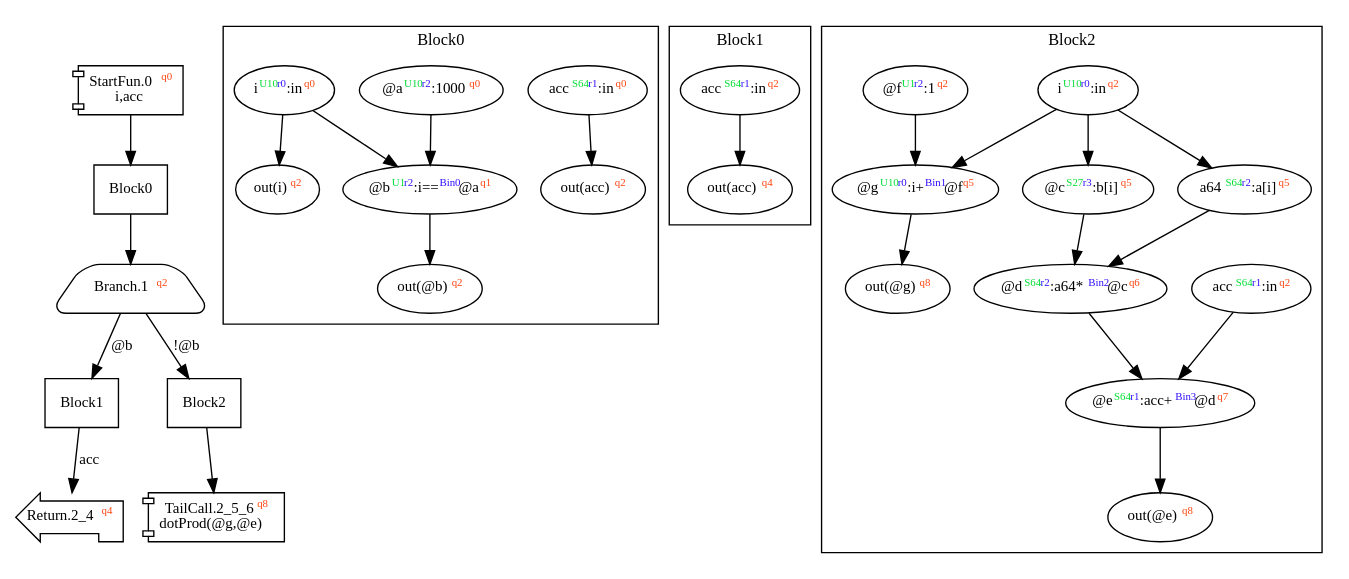
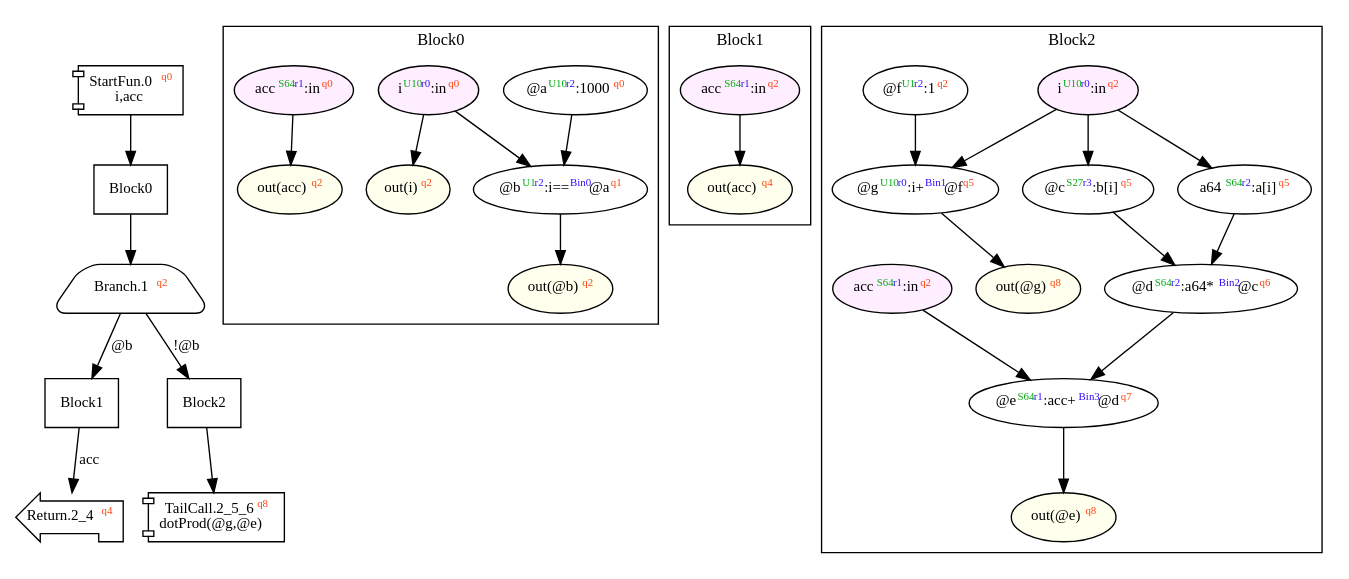
One commit to akouryy/SyntheScala changed the diagram in dist/dotProd.dot. Above: the diagram before and after it, drawn with Graphviz. The commit also changed 37 other files, not shown here.

```diff
--- a/dist/dotProd.dot
+++ b/dist/dotProd.dot
@@ -1,68 +1,68 @@
 digraph Program_ {
   graph [fontname = "Monaco", fontsize = 12, ranksep = 0.5];
   node [shape = box, fontname = "Monaco", fontsize = 11; colorscheme = pastel19];
   edge [fontname = "Monaco", fontsize = 11; colorscheme = pastel19];
   Jump0[label = <StartFun.0<font color="#ff4411" point-size="8"><sup>q0</sup></font><br/>i,acc>; shape = component];
   Jump0 -> Block0;
   Jump1[
     label = <Branch.1<font color="#ff4411" point-size="8"><sup>q2</sup></font>>;
     shape = trapezium; style = rounded;
   ];
   Block0 -> Jump1;
   Jump1 -> Block1 [label="@b"];
   Jump1 -> Block2 [label="!@b"];
   Jump2_4[label = <Return.2_4<font color="#ff4411" point-size="8"><sup>q4</sup></font>>; shape = lpromoter];
   Block1 -> Jump2_4 [label="acc"];
   Jump2_5_6[label = <TailCall.2_5_6<font color="#ff4411" point-size="8"><sup>q8</sup></font><br/>dotProd(@g,@e)>; shape = component];
   Block2 -> Jump2_5_6;
   Block0 [label = "Block0"];
   Block1 [label = "Block1"];
   Block2 [label = "Block2"];
   subgraph cluster_dfg_Block0 {
     node [shape = oval];
     label = "Block0";
-    ndBlock0_0 [label=<out(acc)<font color="#ff4411" point-size="8"><sup>q2</sup></font>>];
-    ndBlock0_1 [label=<acc<font color="#00dd33" point-size="8"><sup>S64</sup></font><font color="#3311ff" point-size="8"><sup>r1</sup></font>:in<font color="#ff4411" point-size="8"><sup>q0</sup></font>>];
-    ndBlock0_2 [label=<i<font color="#00dd33" point-size="8"><sup>U10</sup></font><font color="#3311ff" point-size="8"><sup>r0</sup></font>:in<font color="#ff4411" point-size="8"><sup>q0</sup></font>>];
-    ndBlock0_3 [label=<@a<font color="#00dd33" point-size="8"><sup>U10</sup></font><font color="#3311ff" point-size="8"><sup>r2</sup></font>:1000<font color="#ff4411" point-size="8"><sup>q0</sup></font>>];
-    ndBlock0_4 [label=<out(i)<font color="#ff4411" point-size="8"><sup>q2</sup></font>>];
-    ndBlock0_5 [label=<out(@b)<font color="#ff4411" point-size="8"><sup>q2</sup></font>>];
-    ndBlock0_6 [label=<@b<font color="#00dd33" point-size="8"><sup>U1</sup></font><font color="#3311ff" point-size="8"><sup>r2</sup></font>:i==<font color="#3311ff" point-size="8"><sup>Bin0</sup></font>@a<font color="#ff4411" point-size="8"><sup>q1</sup></font>>];
-    ndBlock0_1 -> ndBlock0_0;
-    ndBlock0_2 -> ndBlock0_4;
-    ndBlock0_2 -> ndBlock0_6;
-    ndBlock0_3 -> ndBlock0_6;
-    ndBlock0_6 -> ndBlock0_5;
+    0 [label=<@a<font color="#00aa11" point-size="8"><sup>U10</sup></font><font color="#3311ff" point-size="8"><sup>r2</sup></font>:1000<font color="#ff4411" point-size="8"><sup>q0</sup></font>>; ];
+    20 [label=<out(@b)<font color="#ff4411" point-size="8"><sup>q2</sup></font>>; style="filled"; fillcolor="#ffffee";];
+    1 [label=<@b<font color="#00aa11" point-size="8"><sup>U1</sup></font><font color="#3311ff" point-size="8"><sup>r2</sup></font>:i==<font color="#3311ff" point-size="8"><sup>Bin0</sup></font>@a<font color="#ff4411" point-size="8"><sup>q1</sup></font>>; ];
+    17 [label=<i<font color="#00aa11" point-size="8"><sup>U10</sup></font><font color="#3311ff" point-size="8"><sup>r0</sup></font>:in<font color="#ff4411" point-size="8"><sup>q0</sup></font>>; style="filled"; fillcolor="#ffeeff";];
+    18 [label=<out(acc)<font color="#ff4411" point-size="8"><sup>q2</sup></font>>; style="filled"; fillcolor="#ffffee";];
+    16 [label=<acc<font color="#00aa11" point-size="8"><sup>S64</sup></font><font color="#3311ff" point-size="8"><sup>r1</sup></font>:in<font color="#ff4411" point-size="8"><sup>q0</sup></font>>; style="filled"; fillcolor="#ffeeff";];
+    19 [label=<out(i)<font color="#ff4411" point-size="8"><sup>q2</sup></font>>; style="filled"; fillcolor="#ffffee";];
+    0 -> 1;
+    1 -> 20;
+    16 -> 18;
+    17 -> 1;
+    17 -> 19;
   }
   subgraph cluster_dfg_Block1 {
     node [shape = oval];
     label = "Block1";
-    ndBlock1_0 [label=<acc<font color="#00dd33" point-size="8"><sup>S64</sup></font><font color="#3311ff" point-size="8"><sup>r1</sup></font>:in<font color="#ff4411" point-size="8"><sup>q2</sup></font>>];
-    ndBlock1_1 [label=<out(acc)<font color="#ff4411" point-size="8"><sup>q4</sup></font>>];
-    ndBlock1_0 -> ndBlock1_1;
+    11 [label=<acc<font color="#00aa11" point-size="8"><sup>S64</sup></font><font color="#3311ff" point-size="8"><sup>r1</sup></font>:in<font color="#ff4411" point-size="8"><sup>q2</sup></font>>; style="filled"; fillcolor="#ffeeff";];
+    12 [label=<out(acc)<font color="#ff4411" point-size="8"><sup>q4</sup></font>>; style="filled"; fillcolor="#ffffee";];
+    11 -> 12;
   }
   subgraph cluster_dfg_Block2 {
     node [shape = oval];
     label = "Block2";
-    ndBlock2_0 [label=<a64<font color="#00dd33" point-size="8"><sup>S64</sup></font><font color="#3311ff" point-size="8"><sup>r2</sup></font>:a[i]<font color="#ff4411" point-size="8"><sup>q5</sup></font>>];
-    ndBlock2_1 [label=<out(@e)<font color="#ff4411" point-size="8"><sup>q8</sup></font>>];
-    ndBlock2_2 [label=<acc<font color="#00dd33" point-size="8"><sup>S64</sup></font><font color="#3311ff" point-size="8"><sup>r1</sup></font>:in<font color="#ff4411" point-size="8"><sup>q2</sup></font>>];
-    ndBlock2_3 [label=<out(@g)<font color="#ff4411" point-size="8"><sup>q8</sup></font>>];
-    ndBlock2_4 [label=<@d<font color="#00dd33" point-size="8"><sup>S64</sup></font><font color="#3311ff" point-size="8"><sup>r2</sup></font>:a64*<font color="#3311ff" point-size="8"><sup>Bin2</sup></font>@c<font color="#ff4411" point-size="8"><sup>q6</sup></font>>];
-    ndBlock2_5 [label=<@e<font color="#00dd33" point-size="8"><sup>S64</sup></font><font color="#3311ff" point-size="8"><sup>r1</sup></font>:acc+<font color="#3311ff" point-size="8"><sup>Bin3</sup></font>@d<font color="#ff4411" point-size="8"><sup>q7</sup></font>>];
-    ndBlock2_6 [label=<i<font color="#00dd33" point-size="8"><sup>U10</sup></font><font color="#3311ff" point-size="8"><sup>r0</sup></font>:in<font color="#ff4411" point-size="8"><sup>q2</sup></font>>];
-    ndBlock2_7 [label=<@c<font color="#00dd33" point-size="8"><sup>S27</sup></font><font color="#3311ff" point-size="8"><sup>r3</sup></font>:b[i]<font color="#ff4411" point-size="8"><sup>q5</sup></font>>];
-    ndBlock2_8 [label=<@f<font color="#00dd33" point-size="8"><sup>U1</sup></font><font color="#3311ff" point-size="8"><sup>r2</sup></font>:1<font color="#ff4411" point-size="8"><sup>q2</sup></font>>];
-    ndBlock2_9 [label=<@g<font color="#00dd33" point-size="8"><sup>U10</sup></font><font color="#3311ff" point-size="8"><sup>r0</sup></font>:i+<font color="#3311ff" point-size="8"><sup>Bin1</sup></font>@f<font color="#ff4411" point-size="8"><sup>q5</sup></font>>];
-    ndBlock2_0 -> ndBlock2_4;
-    ndBlock2_2 -> ndBlock2_5;
-    ndBlock2_4 -> ndBlock2_5;
-    ndBlock2_5 -> ndBlock2_1;
-    ndBlock2_6 -> ndBlock2_0;
-    ndBlock2_6 -> ndBlock2_7;
-    ndBlock2_6 -> ndBlock2_9;
-    ndBlock2_7 -> ndBlock2_4;
-    ndBlock2_8 -> ndBlock2_9;
-    ndBlock2_9 -> ndBlock2_3;
+    5 [label=<@e<font color="#00aa11" point-size="8"><sup>S64</sup></font><font color="#3311ff" point-size="8"><sup>r1</sup></font>:acc+<font color="#3311ff" point-size="8"><sup>Bin3</sup></font>@d<font color="#ff4411" point-size="8"><sup>q7</sup></font>>; ];
+    14 [label=<i<font color="#00aa11" point-size="8"><sup>U10</sup></font><font color="#3311ff" point-size="8"><sup>r0</sup></font>:in<font color="#ff4411" point-size="8"><sup>q2</sup></font>>; style="filled"; fillcolor="#ffeeff";];
+    6 [label=<@f<font color="#00aa11" point-size="8"><sup>U1</sup></font><font color="#3311ff" point-size="8"><sup>r2</sup></font>:1<font color="#ff4411" point-size="8"><sup>q2</sup></font>>; ];
+    21 [label=<out(@g)<font color="#ff4411" point-size="8"><sup>q8</sup></font>>; style="filled"; fillcolor="#ffffee";];
+    13 [label=<acc<font color="#00aa11" point-size="8"><sup>S64</sup></font><font color="#3311ff" point-size="8"><sup>r1</sup></font>:in<font color="#ff4411" point-size="8"><sup>q2</sup></font>>; style="filled"; fillcolor="#ffeeff";];
+    2 [label=<a64<font color="#00aa11" point-size="8"><sup>S64</sup></font><font color="#3311ff" point-size="8"><sup>r2</sup></font>:a[i]<font color="#ff4411" point-size="8"><sup>q5</sup></font>>; ];
+    22 [label=<out(@e)<font color="#ff4411" point-size="8"><sup>q8</sup></font>>; style="filled"; fillcolor="#ffffee";];
+    7 [label=<@g<font color="#00aa11" point-size="8"><sup>U10</sup></font><font color="#3311ff" point-size="8"><sup>r0</sup></font>:i+<font color="#3311ff" point-size="8"><sup>Bin1</sup></font>@f<font color="#ff4411" point-size="8"><sup>q5</sup></font>>; ];
+    3 [label=<@c<font color="#00aa11" point-size="8"><sup>S27</sup></font><font color="#3311ff" point-size="8"><sup>r3</sup></font>:b[i]<font color="#ff4411" point-size="8"><sup>q5</sup></font>>; ];
+    4 [label=<@d<font color="#00aa11" point-size="8"><sup>S64</sup></font><font color="#3311ff" point-size="8"><sup>r2</sup></font>:a64*<font color="#3311ff" point-size="8"><sup>Bin2</sup></font>@c<font color="#ff4411" point-size="8"><sup>q6</sup></font>>; ];
+    2 -> 4;
+    3 -> 4;
+    4 -> 5;
+    5 -> 22;
+    6 -> 7;
+    7 -> 21;
+    13 -> 5;
+    14 -> 2;
+    14 -> 3;
+    14 -> 7;
   }
 }
```
